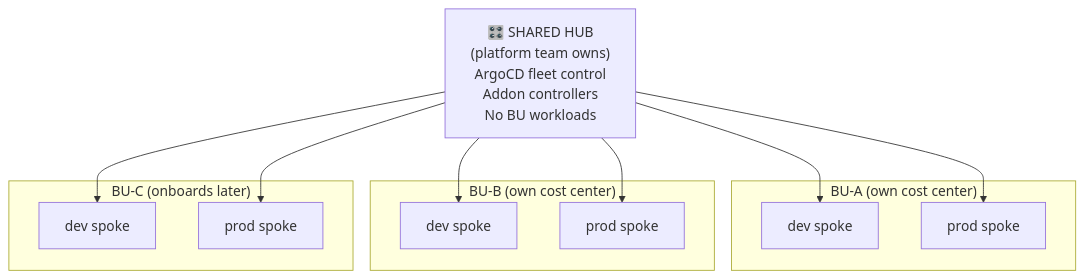
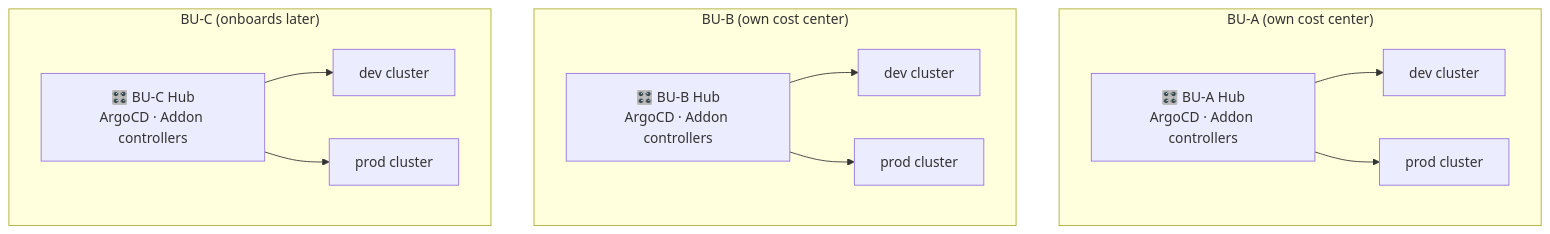
The second of 5 diagrams in .github/README.md (urukube/.github), drawn with Mermaid before and after one commit. The commit also changed other lines of this file and 1 other file, not shown here.

Commit message:
docs: switch architecture to hub-per-BU topology
Removes shared-hub rationale throughout. Updates cluster topology
diagram, economic story, locked decision #3, module decomposition,
GitOps section, FinOps, greenfield principles, and CTO framing to
reflect dedicated hub + dev + prod clusters per BU.

````diff
--- a/.github/README.md
+++ b/.github/README.md
@@ -113,26 +115,26 @@
 ```mermaid
 graph TD
-    HUB["🎛️ SHARED HUB\n(platform team owns)\nArgoCD fleet control\nAddon controllers\nNo BU workloads"]
-
     subgraph BUA["BU-A  (own cost center)"]
-        A_DEV["dev spoke"]
-        A_PROD["prod spoke"]
+        A_HUB["🎛️ BU-A Hub\nArgoCD · Addon controllers"]
+        A_DEV["dev cluster"]
+        A_PROD["prod cluster"]
+        A_HUB --> A_DEV
+        A_HUB --> A_PROD
     end
 
     subgraph BUB["BU-B  (own cost center)"]
-        B_DEV["dev spoke"]
-        B_PROD["prod spoke"]
+        B_HUB["🎛️ BU-B Hub\nArgoCD · Addon controllers"]
+        B_DEV["dev cluster"]
+        B_PROD["prod cluster"]
+        B_HUB --> B_DEV
+        B_HUB --> B_PROD
     end
 
     subgraph BUC["BU-C  (onboards later)"]
-        C_DEV["dev spoke"]
-        C_PROD["prod spoke"]
+        C_HUB["🎛️ BU-C Hub\nArgoCD · Addon controllers"]
+        C_DEV["dev cluster"]
+        C_PROD["prod cluster"]
+        C_HUB --> C_DEV
+        C_HUB --> C_PROD
     end
-
-    HUB --> A_DEV
-    HUB --> A_PROD
-    HUB --> B_DEV
-    HUB --> B_PROD
-    HUB --> C_DEV
-    HUB --> C_PROD
 ```
````
